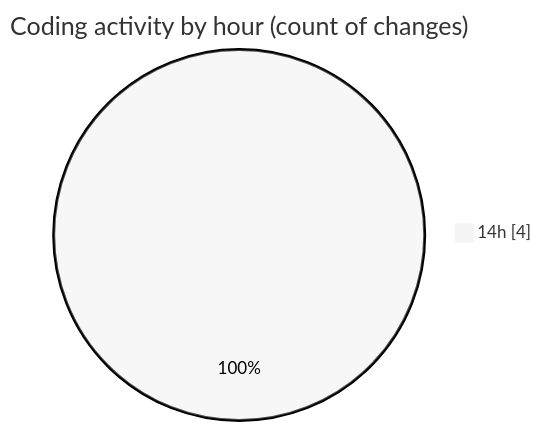
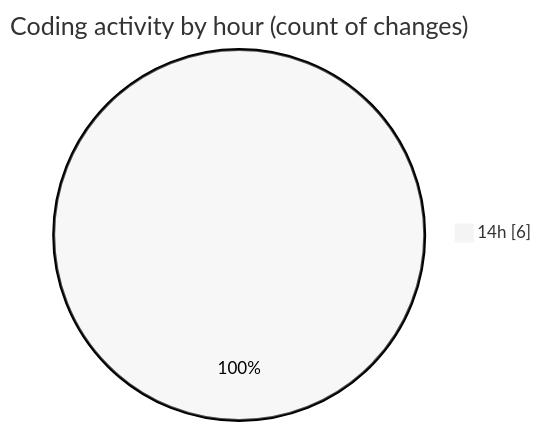
The second of 2 diagrams in 2025-07-27/_claude/README.md (EIIisD/code-tracking), drawn with Mermaid (neutral theme) before and after one commit. The commit also changed other lines of this file and 1 other file, not shown here.

````diff
--- a/2025-07-27/_claude/README.md
+++ b/2025-07-27/_claude/README.md
@@ -29,5 +31,5 @@
 ```mermaid
 pie showData
 title Coding activity by hour (count of changes)
-"14h" : 4
+"14h" : 6
 ```
````
